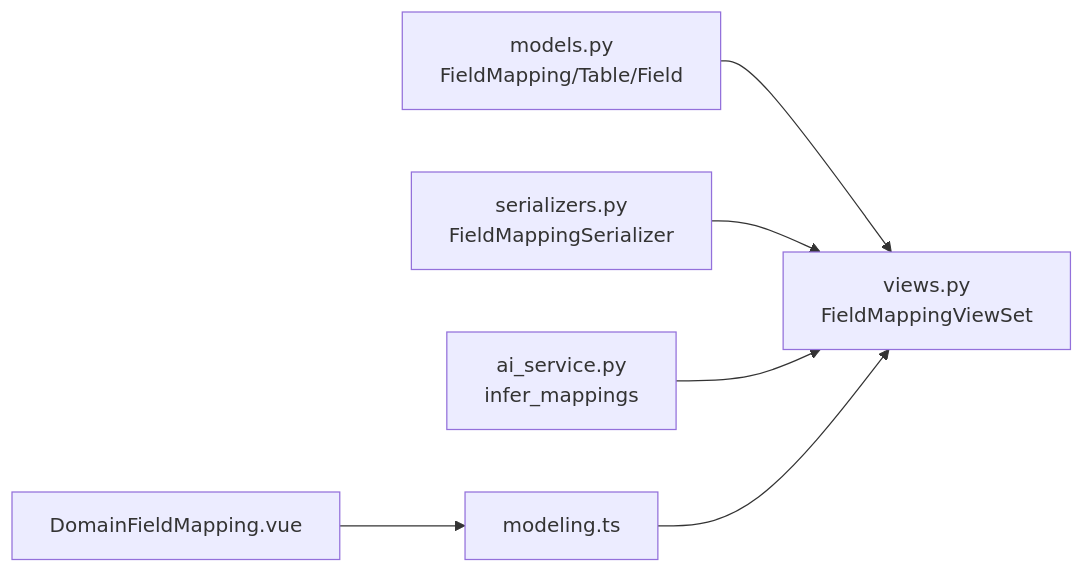
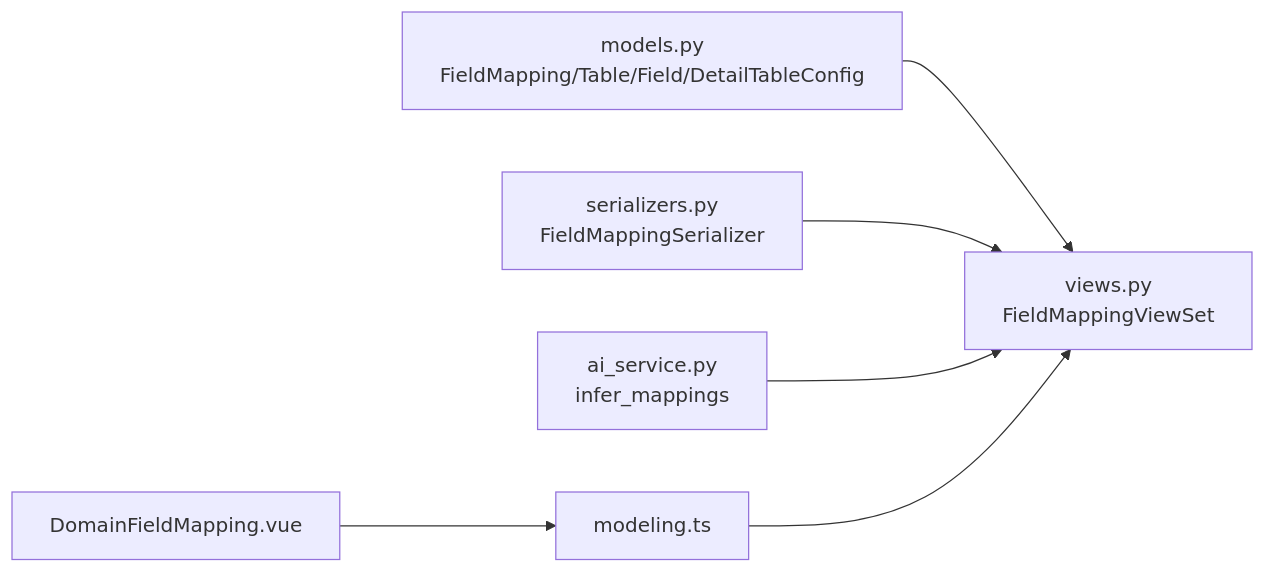
Before and after one commit to zyp-coder/Metadata: the fifth of 5 diagrams in .qoder/repowiki/zh/content/架构设计/数据架构/数据模型/数据建模模块模型/字段映射模型.md, drawn with Mermaid. The commit also changed other lines of this file and 42 other files, not shown here.

````diff
--- a/.qoder/repowiki/zh/content/架构设计/数据架构/数据模型/数据建模模块模型/字段映射模型.md
+++ b/.qoder/repowiki/zh/content/架构设计/数据架构/数据模型/数据建模模块模型/字段映射模型.md
@@ -274,8 +344,8 @@
 ```mermaid
 graph LR
-Models["models.py<br/>FieldMapping/Table/Field"] --> Views["views.py<br/>FieldMappingViewSet"]
+Models["models.py<br/>FieldMapping/Table/Field/DetailTableConfig"] --> Views["views.py<br/>FieldMappingViewSet"]
 Serializers["serializers.py<br/>FieldMappingSerializer"] --> Views
 AI["ai_service.py<br/>infer_mappings"] --> Views
 Frontend["DomainFieldMapping.vue"] --> API["modeling.ts"]
 API --> Views
 ```
````
